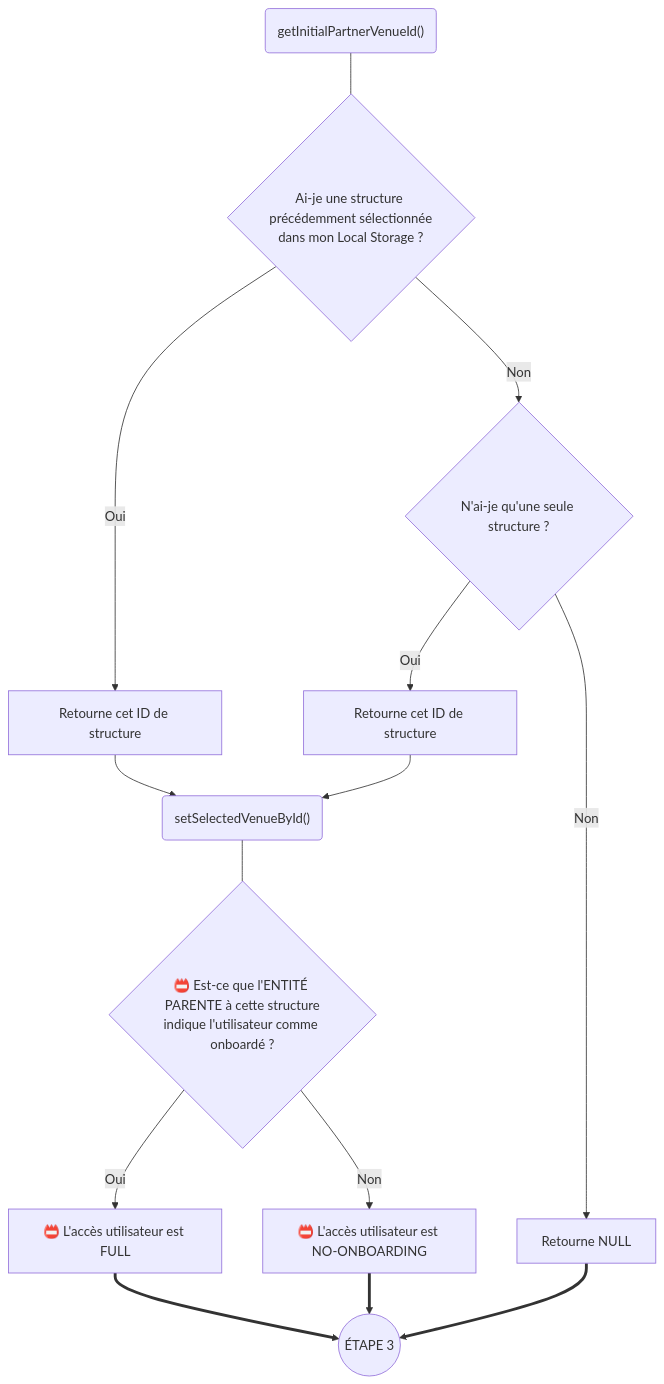
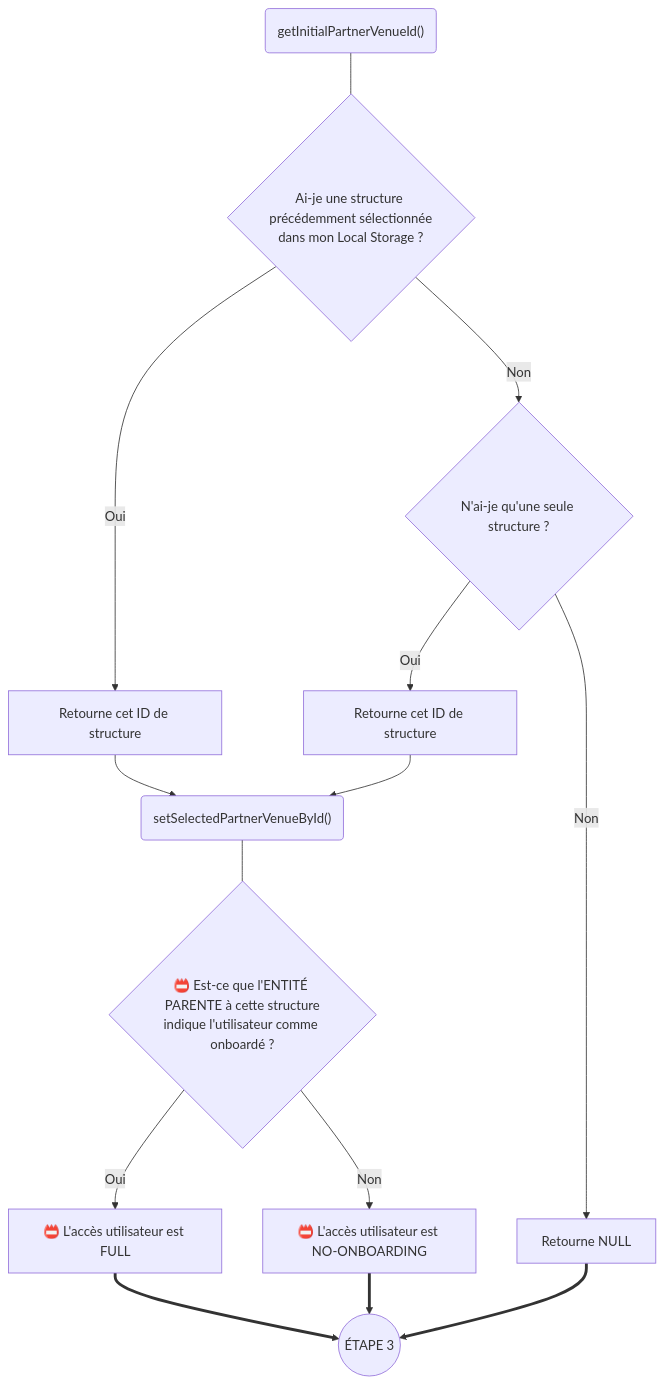
One commit to pass-culture/pass-culture-main changed the second of 3 diagrams in pro/src/commons/store/user/README.md. Above: the diagram before and after it, drawn with Mermaid. The commit also changed 109 other files, not shown here.

Commit message:
(BSR)[PRO] refactor: rename selectedVenue to selectedParnerVenue

````diff
--- a/pro/src/commons/store/user/README.md
+++ b/pro/src/commons/store/user/README.md
@@ -31,24 +31,24 @@
 ```mermaid
 flowchart TD
 
 FUNCTION1("getInitialPartnerVenueId()")
 --- A{"Ai-je une structure précédemment sélectionnée<br>dans mon Local Storage ?"}
 A -->|Oui| A1["Retourne cet ID de structure"]
 A -->|Non| B{"N'ai-je qu'une seule structure ?"}
 B -->|Oui| B1["Retourne cet ID de structure"]
 B -->|Non| B0["Retourne NULL"]
 
 A1 --> FUNCTION2
 B1 --> FUNCTION2
 B0 ==> STEP3
 
-FUNCTION2("setSelectedVenueById()")
+FUNCTION2("setSelectedPartnerVenueById()")
 --- C{"📛 Est-ce que l'ENTITÉ PARENTE à cette structure<br>indique l'utilisateur comme onboardé ?"}
 C -->|Oui| C1["📛 L'accès utilisateur est FULL"]
 C -->|Non| C0["📛 L'accès utilisateur est NO-ONBOARDING"]
 
 C1 ==> STEP3
 C0 ==> STEP3
 
 STEP3(("ÉTAPE 3"))
 ```
````
